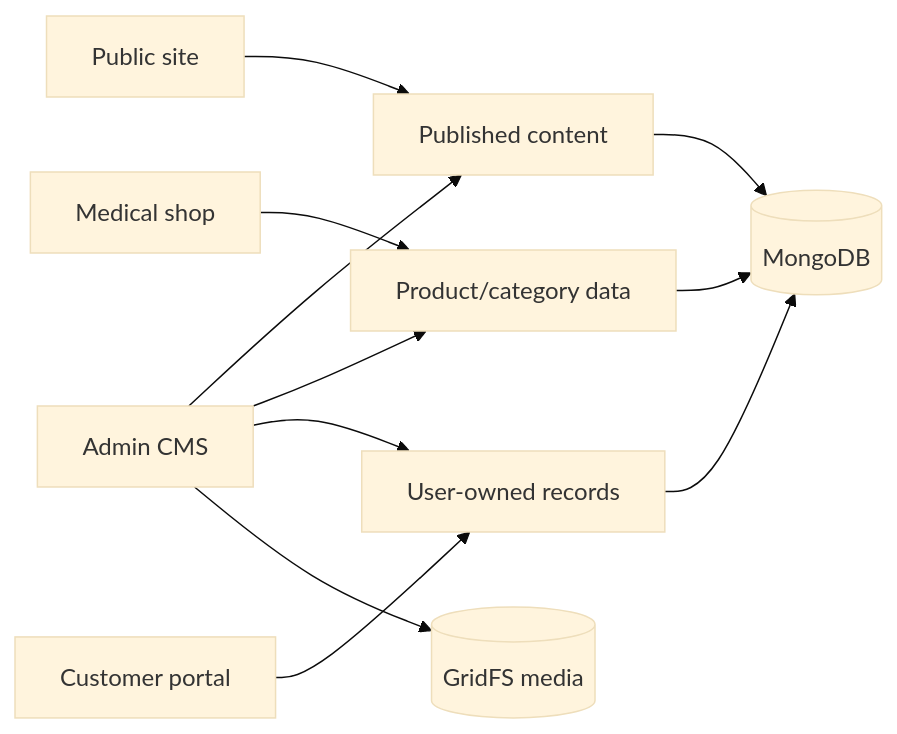
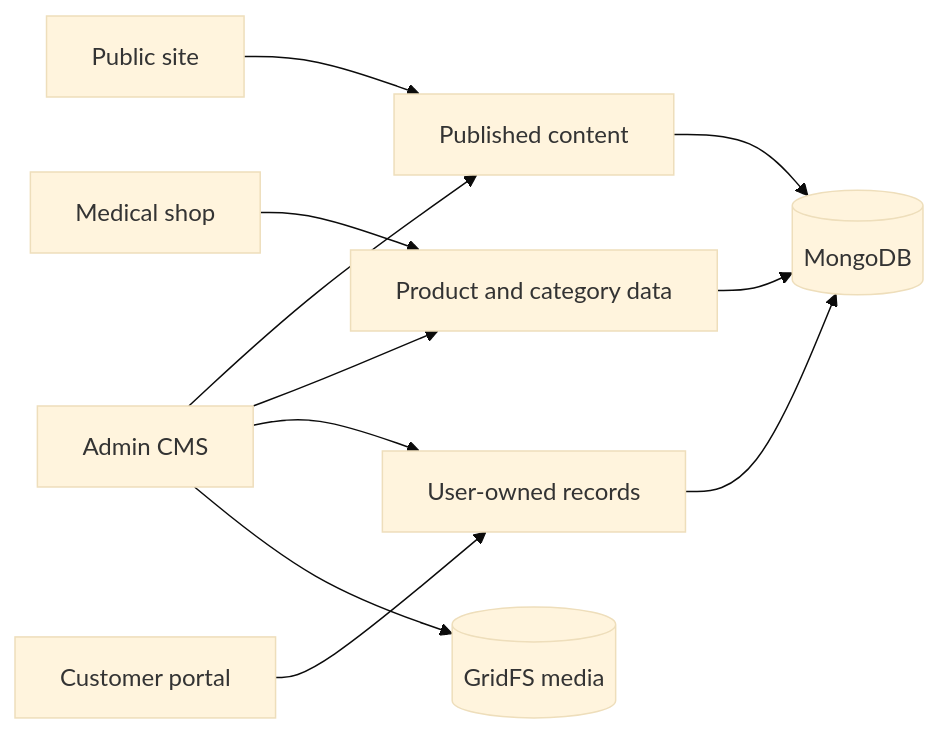
Before and after one commit to zakaria-akash/care-bangla-group-web-application: the diagram in FEATURES_AND_CONTENT_ARCHITECTURE.md, drawn with Mermaid (base theme). The commit also changed 9 other files, not shown here.

Commit message:
Refactor mermaid diagrams for improved clarity and consistency across documentation

````diff
--- a/FEATURES_AND_CONTENT_ARCHITECTURE.md
+++ b/FEATURES_AND_CONTENT_ARCHITECTURE.md
@@ -7,13 +7,13 @@
 ```mermaid
 flowchart LR
-  Public[Public site] --> Editorial[Published content]
-  Shop[Medical shop] --> Catalog[Product/category data]
-  User[Customer portal] --> Operations[User-owned records]
-  Admin[Admin CMS] --> Editorial
+  Public["Public site"] --> Editorial["Published content"]
+  Shop["Medical shop"] --> Catalog["Product and category data"]
+  User["Customer portal"] --> Operations["User-owned records"]
+  Admin["Admin CMS"] --> Editorial
   Admin --> Catalog
   Admin --> Operations
-  Editorial --> Mongo[(MongoDB)]
+  Editorial --> Mongo[("MongoDB")]
   Catalog --> Mongo
   Operations --> Mongo
-  Admin --> GridFS[(GridFS media)]
+  Admin --> GridFS[("GridFS media")]
 ```
````
